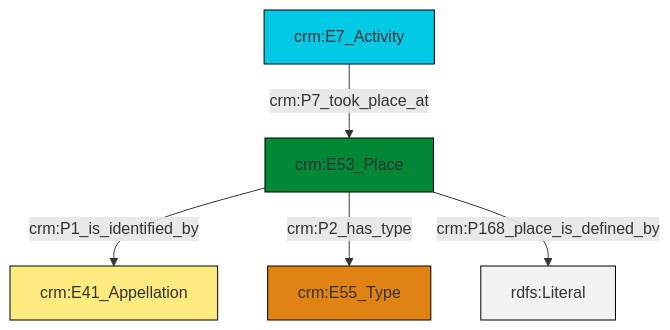
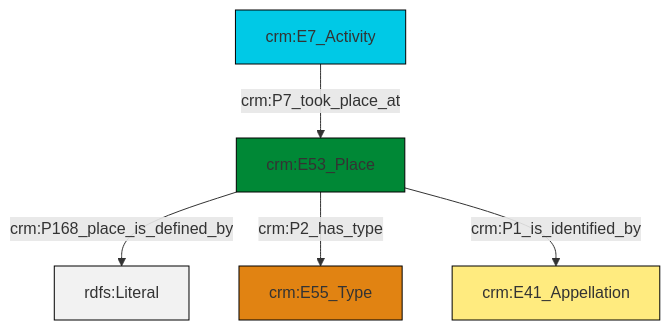
One commit to swiss-art-research-net/reference-data-models changed the diagram in et/eventCSV/ttl/mmd/event_location.ttl.mmd. Above: the diagram before and after it, drawn with Mermaid. The commit also changed 135 other files, not shown here.

```diff
--- a/et/eventCSV/ttl/mmd/event_location.ttl.mmd
+++ b/et/eventCSV/ttl/mmd/event_location.ttl.mmd
@@ -1,19 +1,19 @@
 graph TD
 classDef Literal fill:#f2f2f2,stroke:#000000;
 classDef CRM_Entity fill:#FFFFFF,stroke:#000000;
 classDef Temporal_Entity fill:#00C9E6, stroke:#000000;
 classDef Type fill:#E18312, stroke:#000000;
 classDef Time-Span fill:#2C9C91, stroke:#000000;
 classDef Appellation fill:#FFEB7F, stroke:#000000;
 classDef Place fill:#008836, stroke:#000000;
 classDef Persistent_Item fill:#B266B2, stroke:#000000;
 classDef Conceptual_Object fill:#FFD700, stroke:#000000;
 classDef Physical_Thing fill:#D2B48C, stroke:#000000;
 classDef Actor fill:#f58aad, stroke:#000000;
 classDef PC_Classes fill:#4ce600, stroke:#000000;
 classDef Multi fill:#cccccc,stroke:#000000;
 
-0["crm:E53_Place"]:::Place -->|crm:P1_is_identified_by| 1["crm:E41_Appellation"]:::Appellation
-0["crm:E53_Place"]:::Place -->|crm:P2_has_type| 2["crm:E55_Type"]:::Type
-4["crm:E7_Activity"]:::Temporal_Entity -->|crm:P7_took_place_at| 0["crm:E53_Place"]:::Place
-0["crm:E53_Place"]:::Place -->|crm:P168_place_is_defined_by| 8[rdfs:Literal]:::Literal
+0["crm:E7_Activity"]:::Temporal_Entity -->|crm:P7_took_place_at| 1["crm:E53_Place"]:::Place
+1["crm:E53_Place"]:::Place -->|crm:P168_place_is_defined_by| 6[rdfs:Literal]:::Literal
+1["crm:E53_Place"]:::Place -->|crm:P2_has_type| 2["crm:E55_Type"]:::Type
+1["crm:E53_Place"]:::Place -->|crm:P1_is_identified_by| 4["crm:E41_Appellation"]:::Appellation
```
